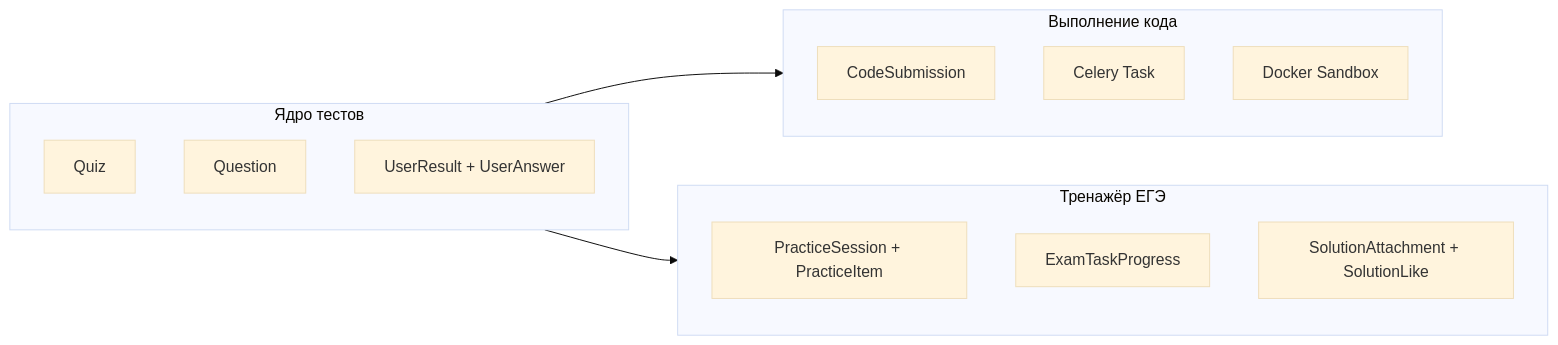
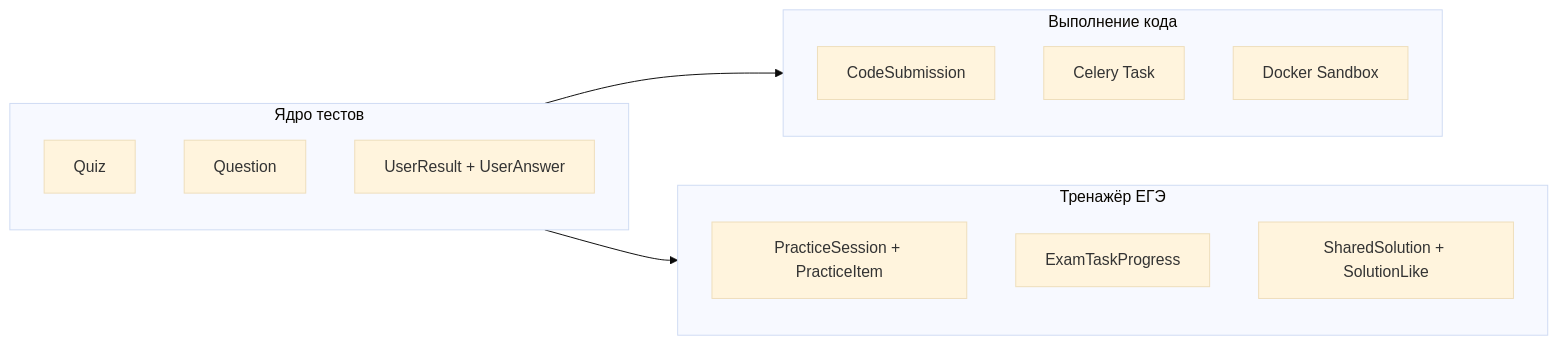
Before and after one commit to Kirill2517nv/SiteAboutMe: the second of 2 diagrams in docs/architecture/apps.md, drawn with Mermaid (base theme). The commit also changed other lines of this file and 73 other files, not shown here.

````diff
--- a/docs/architecture/apps.md
+++ b/docs/architecture/apps.md
@@ -160,23 +160,23 @@
 ```mermaid
 graph LR
     subgraph Core["Ядро тестов"]
         QUIZ[Quiz]
         QUESTION[Question]
         RESULT[UserResult + UserAnswer]
     end
 
     subgraph CodeExec["Выполнение кода"]
         SUBMISSION[CodeSubmission]
         TASK[Celery Task]
         DOCKER[Docker Sandbox]
     end
 
     subgraph EGE["Тренажёр ЕГЭ"]
         SESSION[PracticeSession + PracticeItem]
         PROGRESS[ExamTaskProgress]
-        SOLUTION[SolutionAttachment + SolutionLike]
+        SOLUTION[SharedSolution + SolutionLike]
     end
 
     Core --> CodeExec
     Core --> EGE
 ```
````
